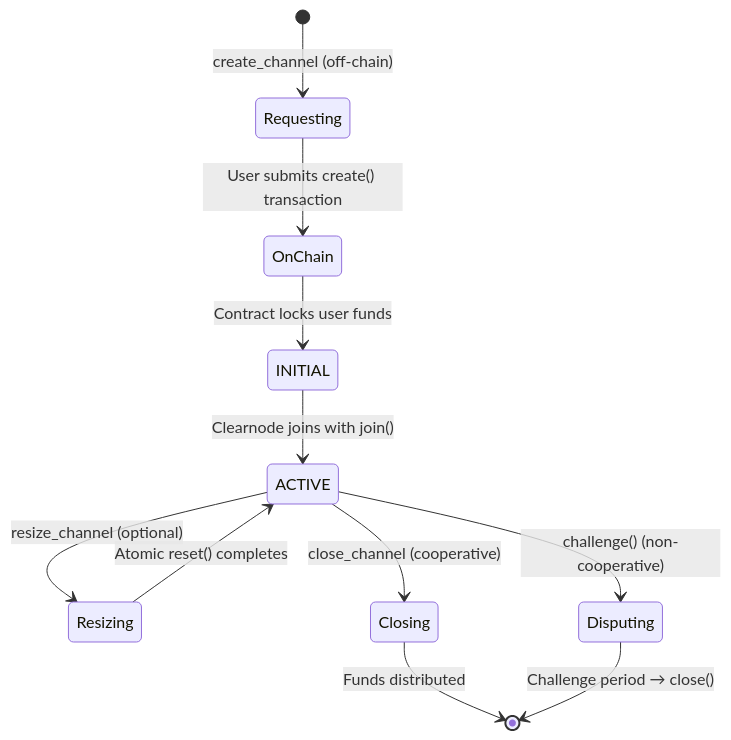
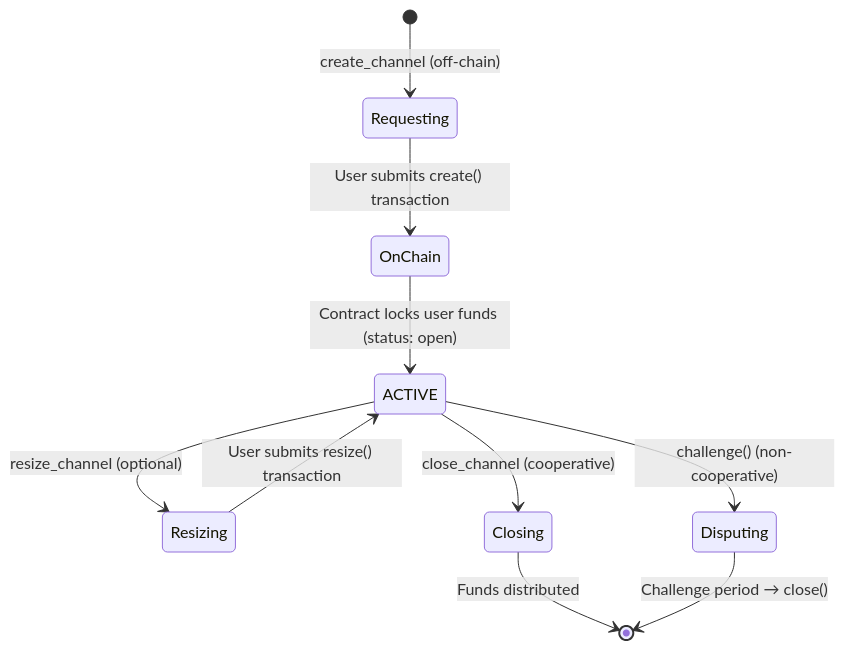
The first of 2 diagrams in docs/protocol/off-chain/channel-methods.mdx (layer-3/docs), drawn with Mermaid before and after one commit. The commit also changed other lines of this file and 1 other file, not shown here.

````diff
--- a/docs/protocol/off-chain/channel-methods.mdx
+++ b/docs/protocol/off-chain/channel-methods.mdx
@@ -21,17 +21,16 @@
 ```mermaid
 stateDiagram-v2
     [*] --> Requesting: create_channel (off-chain)
     Requesting --> OnChain: User submits create() transaction
-    OnChain --> INITIAL: Contract locks user funds
-    INITIAL --> ACTIVE: Clearnode joins with join()
+    OnChain --> ACTIVE: Contract locks user funds (status: open)
 
     ACTIVE --> Resizing: resize_channel (optional)
-    Resizing --> ACTIVE: Atomic reset() completes
+    Resizing --> ACTIVE: User submits resize() transaction
 
     ACTIVE --> Closing: close_channel (cooperative)
     Closing --> [*]: Funds distributed
 
     ACTIVE --> Disputing: challenge() (non-cooperative)
     Disputing --> [*]: Challenge period → close()
 
 ```
````
